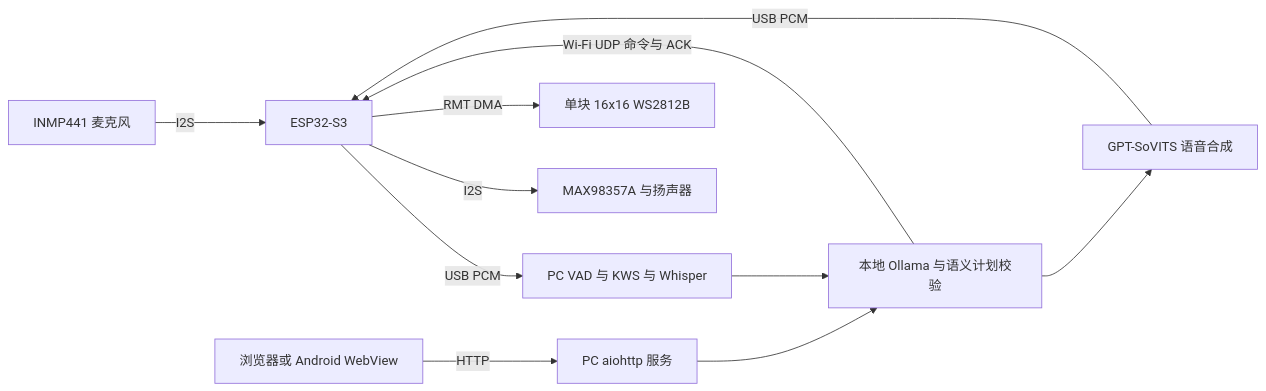
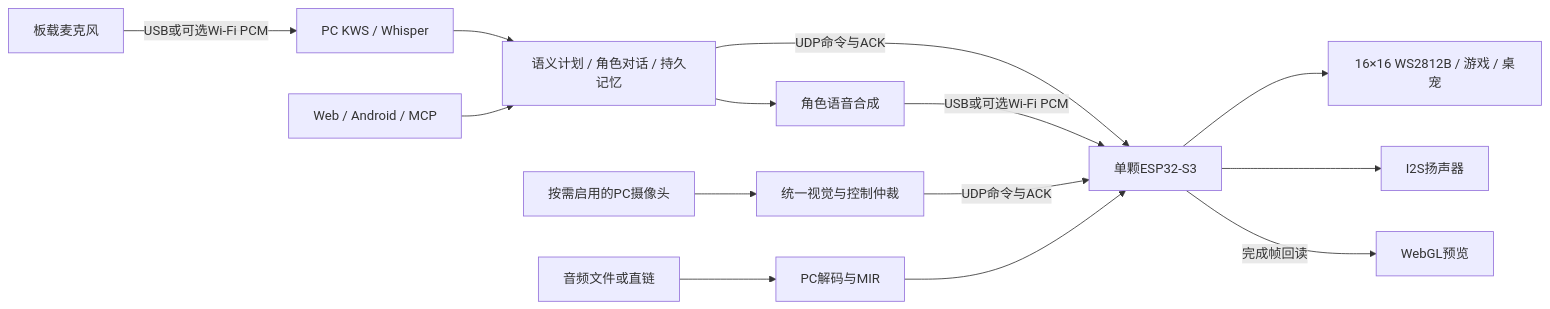
Before and after one commit to DongFengPo1412/Intelligent-Lighting-Control-System-Pro: the diagram in README.md, drawn with Mermaid. The commit also changed other lines of this file and 76 other files, not shown here.

````diff
--- a/README.md
+++ b/README.md
@@ -15,13 +21,16 @@
 ```mermaid
 flowchart LR
-    Mic[INMP441 麦克风] -->|I2S| S3[ESP32-S3]
-    S3 -->|USB PCM| Voice[PC VAD 与 KWS 与 Whisper]
-    Voice --> Agent[本地 Ollama 与语义计划校验]
-    App[浏览器或 Android WebView] -->|HTTP| Host[PC aiohttp 服务]
-    Host --> Agent
-    Agent -->|Wi-Fi UDP 命令与 ACK| S3
-    Agent --> TTS[GPT-SoVITS 语音合成]
-    TTS -->|USB PCM| S3
-    S3 -->|I2S| Speaker[MAX98357A 与扬声器]
-    S3 -->|RMT DMA| Matrix[单块 16x16 WS2812B]
+    Input[板载麦克风] -->|USB或可选Wi-Fi PCM| Voice[PC KWS / Whisper]
+    Voice --> Agent[语义计划 / 角色对话 / 持久记忆]
+    Camera[按需启用的PC摄像头] --> Vision[统一视觉与控制仲裁]
+    Web[Web / Android / MCP] --> Agent
+    Agent -->|UDP命令与ACK| S3[单颗ESP32-S3]
+    Vision -->|UDP命令与ACK| S3
+    Agent --> TTS[角色语音合成]
+    TTS -->|USB或可选Wi-Fi PCM| S3
+    Music[音频文件或直链] --> MIR[PC解码与MIR]
+    MIR --> S3
+    S3 --> Matrix[16×16 WS2812B / 游戏 / 桌宠]
+    S3 --> Speaker[I2S扬声器]
+    S3 -->|完成帧回读| Preview[WebGL预览]
 ```
````
